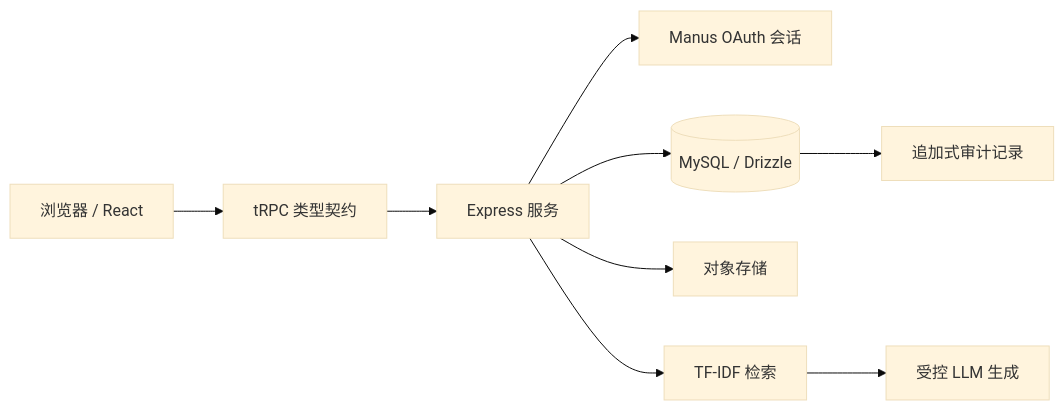
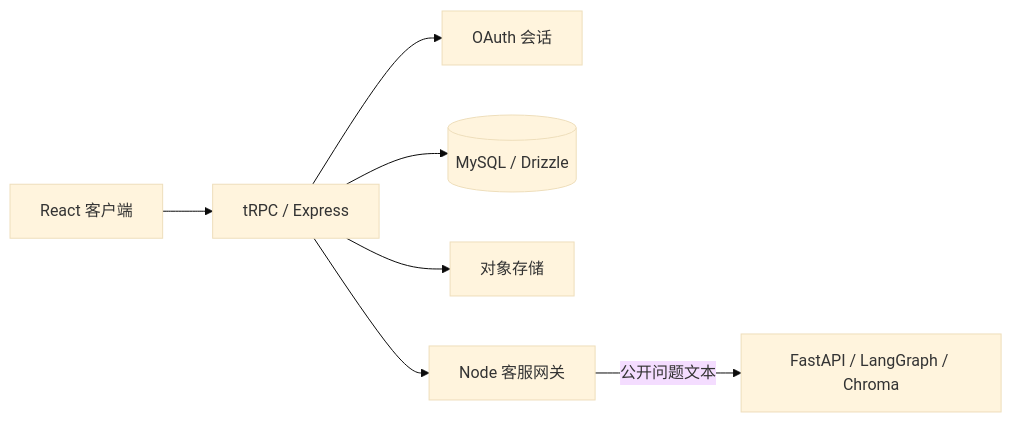
The diagram in docs/requirements-and-architecture.md (salvilxx7-ai/campusmate-ai-mall), drawn with Mermaid (base theme) before and after one commit. The commit also changed other lines of this file and 13 other files, not shown here.

````diff
--- a/docs/requirements-and-architecture.md
+++ b/docs/requirements-and-architecture.md
@@ -20,11 +28,9 @@
 ```mermaid
 flowchart LR
-  U[浏览器 / React] --> T[tRPC 类型契约]
-  T --> S[Express 服务]
-  S --> A[Manus OAuth 会话]
-  S --> D[(MySQL / Drizzle)]
-  S --> O[对象存储]
-  S --> R[TF-IDF 检索]
-  R --> L[受控 LLM 生成]
-  D --> AU[追加式审计记录]
+  UI[React 客户端] --> RPC[tRPC / Express]
+  RPC --> AUTH[OAuth 会话]
+  RPC --> DB[(MySQL / Drizzle)]
+  RPC --> STORE[对象存储]
+  RPC --> NODE[Node 客服网关]
+  NODE -->|公开问题文本| PY[FastAPI / LangGraph / Chroma]
 ```
````
